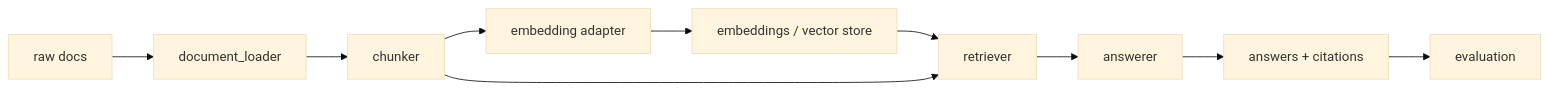
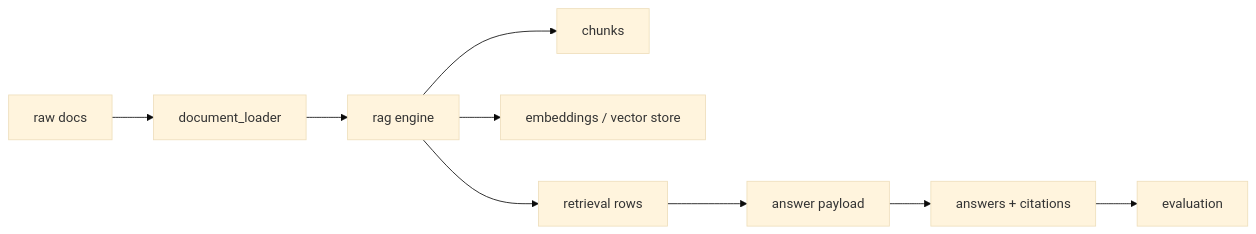
One commit to Codeit-Part3-6Team/Codeit-Part3-6Team-Project changed the diagram in docs/md/overview/MODULE_ARCHITECTURE.md. Above: the diagram before and after it, drawn with Mermaid (base theme). The commit also changed other lines of this file and 18 other files, not shown here.

````diff
--- a/docs/md/overview/MODULE_ARCHITECTURE.md
+++ b/docs/md/overview/MODULE_ARCHITECTURE.md
@@ -38,12 +38,11 @@
 ```mermaid
 flowchart LR
   A["raw docs"] --> B["document_loader"]
-  B --> C["chunker"]
-  C --> D["embedding adapter"]
-  D --> E["embeddings / vector store"]
-  E --> F["retriever"]
-  C --> F
-  F --> G["answerer"]
+  B --> C["rag engine"]
+  C --> D["chunks"]
+  C --> E["embeddings / vector store"]
+  C --> F["retrieval rows"]
+  F --> G["answer payload"]
   G --> H["answers + citations"]
   H --> I["evaluation"]
 ```
````
